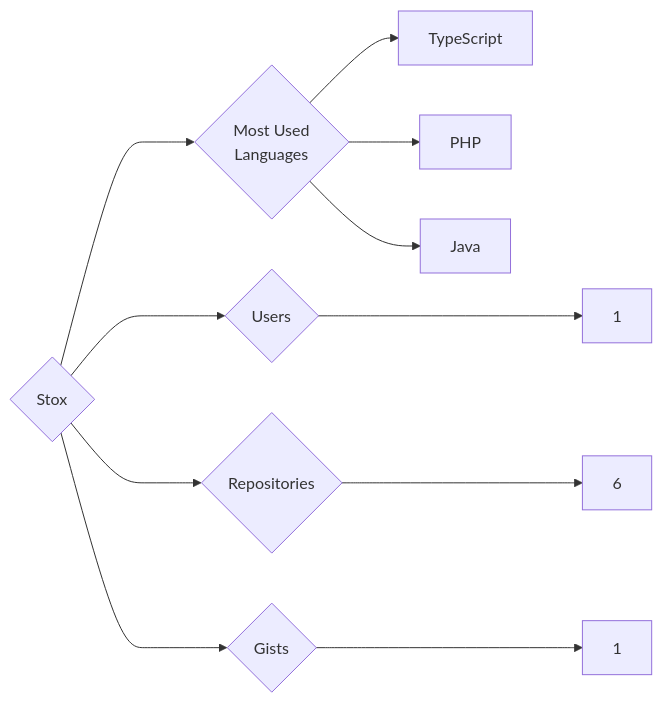
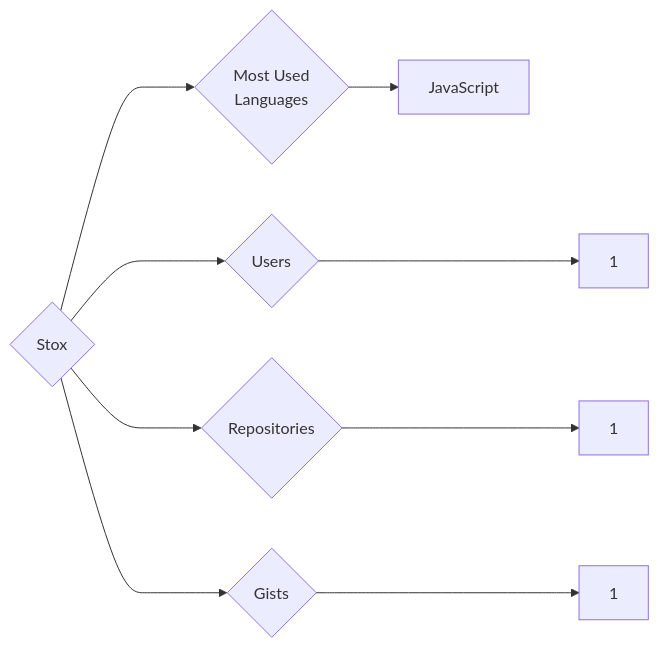
Before and after one commit to trickest/insiders: the diagram in targets/Stox/README.md, drawn with Mermaid. The commit also changed 797 other files, not shown here.

````diff
--- a/targets/Stox/README.md
+++ b/targets/Stox/README.md
@@ -3,11 +3,9 @@
 ```mermaid
 graph LR
 COMPANY_NAME{Stox}
 COMPANY_NAME ---> U{Users} ---> UN[1]
-COMPANY_NAME ---> R{Repositories} ---> RN[6]
+COMPANY_NAME ---> R{Repositories} ---> RN[1]
 COMPANY_NAME ---> G{Gists} ---> GN[1]
 COMPANY_NAME ---> ML{Most Used<br>Languages}
-ML --> TypeScript[TypeScript]
-ML --> PHP[PHP]
-ML --> Java[Java]
+ML --> JavaScript[JavaScript]
 ```
````
